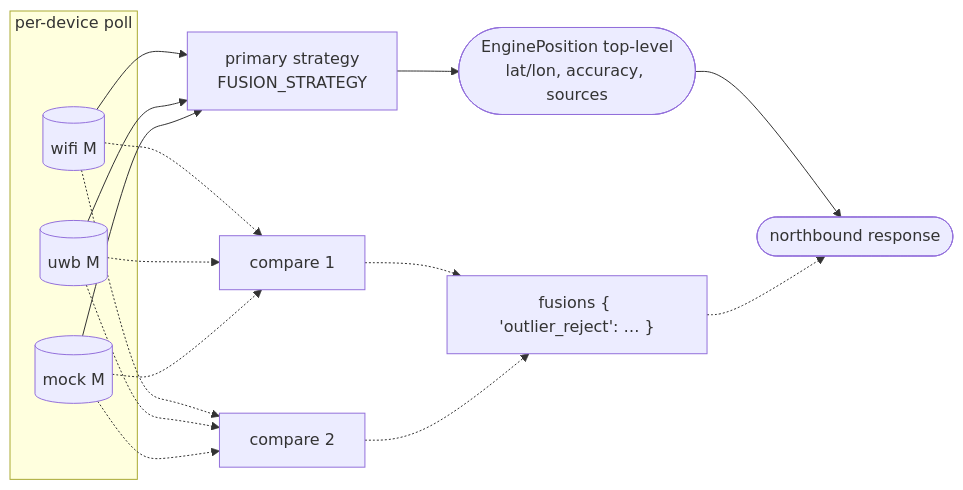
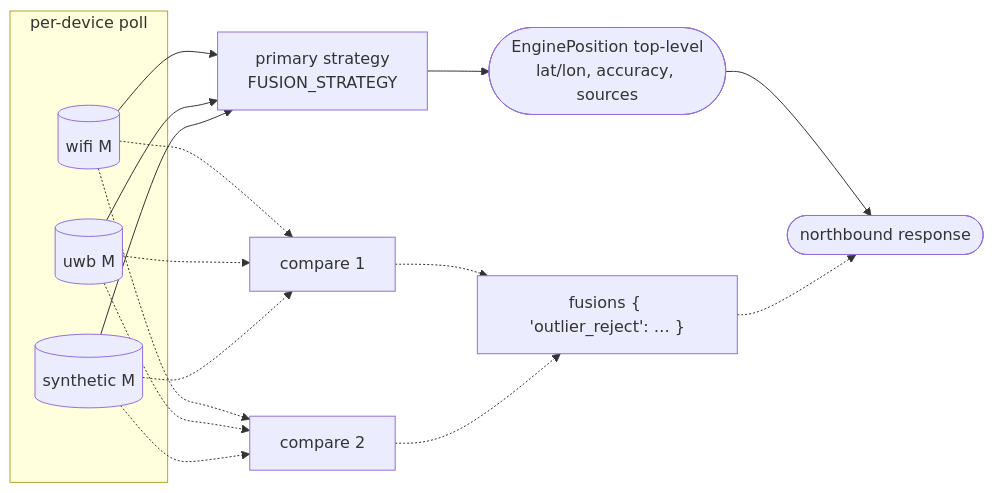
The diagram in docs/fusion-strategies.md (Jacobbista/5g-northbound), drawn with Mermaid before and after one commit. The commit also changed other lines of this file and 241 other files, not shown here.

````diff
--- a/docs/fusion-strategies.md
+++ b/docs/fusion-strategies.md
@@ -16,22 +16,22 @@
 ```mermaid
 flowchart LR
   subgraph poll[per-device poll]
     M1[(wifi M)]
     M2[(uwb  M)]
-    M3[(mock M)]
+    M3[(synthetic M)]
   end
   M1 --> PRI[primary strategy<br/>FUSION_STRATEGY]
   M2 --> PRI
   M3 --> PRI
   M1 -.-> C1[compare 1]
   M2 -.-> C1
   M3 -.-> C1
   M1 -.-> C2[compare 2]
   M2 -.-> C2
   M3 -.-> C2
   PRI --> TOP([EnginePosition top-level<br/>lat/lon, accuracy, sources])
   C1 -.-> EXT["fusions { 'kalman': … }"]
   C2 -.-> EXT["fusions { 'outlier_reject': … }"]
   TOP --> RESP([northbound response])
   EXT -.-> RESP
 ```
````
